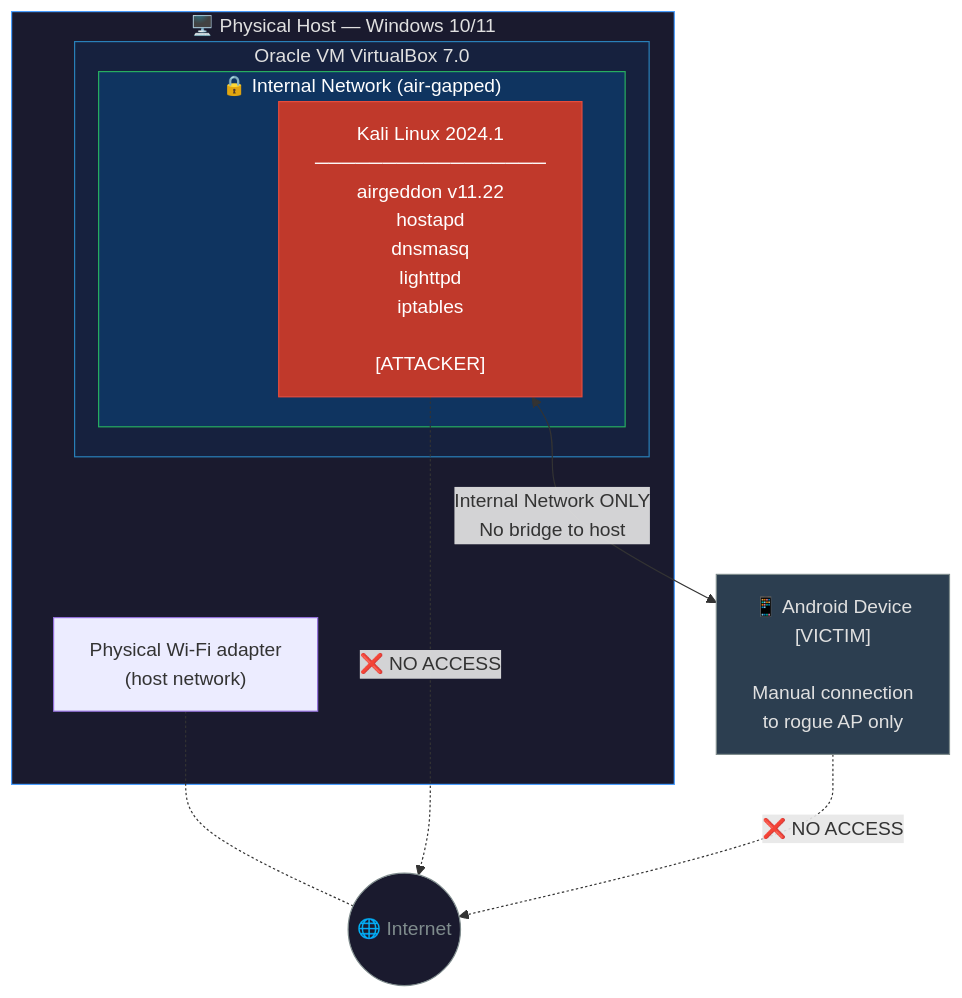
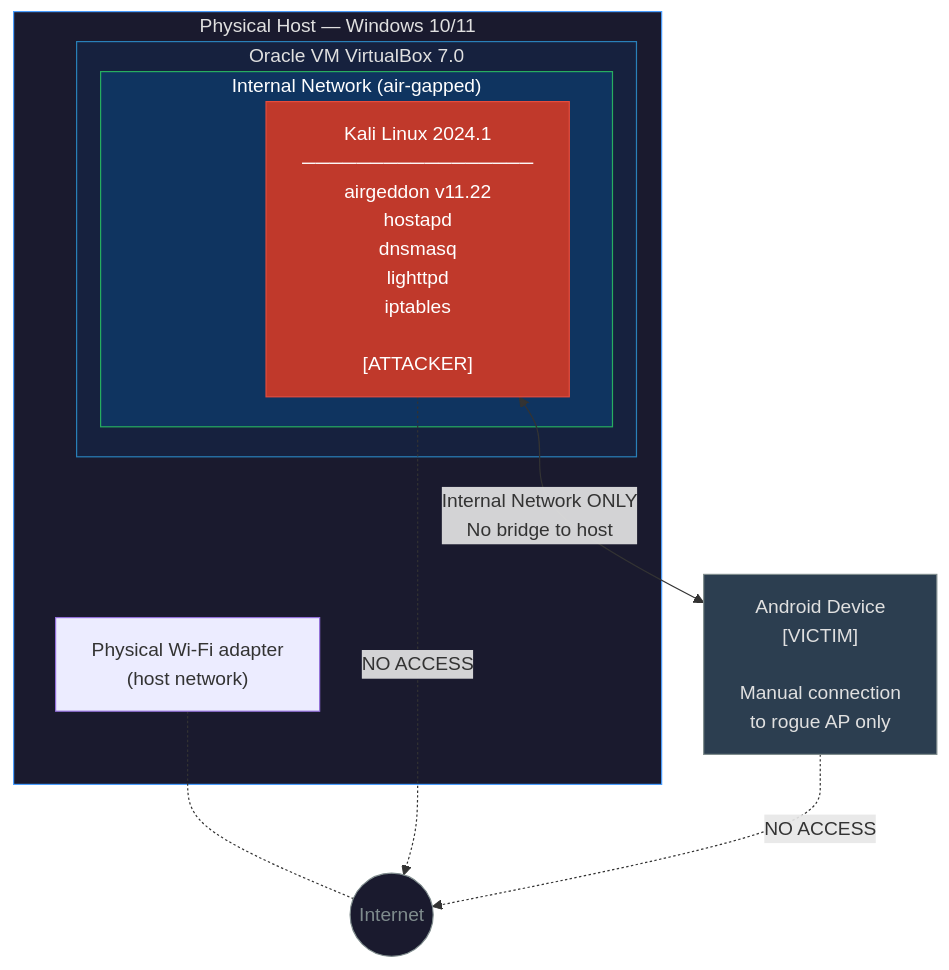
Before and after one commit to NovaCode37/eviltwin: the diagram in diagrams/lab-architecture.md, drawn with Mermaid.

Commit message:
Fix formatting in lab architecture diagram

````diff
--- a/diagrams/lab-architecture.md
+++ b/diagrams/lab-architecture.md
@@ -3,29 +3,29 @@
 ```mermaid
 flowchart TD
-    subgraph HOST["🖥️ Physical Host — Windows 10/11"]
+    subgraph HOST["Physical Host — Windows 10/11"]
         subgraph VBOX["Oracle VM VirtualBox 7.0"]
-            subgraph INTERNAL["🔒 Internal Network (air-gapped)"]
+            subgraph INTERNAL["Internal Network (air-gapped)"]
                 KALI["Kali Linux 2024.1\n─────────────────\nairgeddon v11.22\nhostapd\ndnsmasq\nlighttpd\niptables\n\n[ATTACKER]"]
             end
         end
         WIFI["Physical Wi-Fi adapter\n(host network)"]
     end
 
-    ANDROID["📱 Android Device\n[VICTIM]\n\nManual connection\nto rogue AP only"]
+    ANDROID["Android Device\n[VICTIM]\n\nManual connection\nto rogue AP only"]
 
-    INTERNET(("🌐 Internet"))
+    INTERNET(("Internet"))
 
     KALI <-->|"Internal Network ONLY\nNo bridge to host"| ANDROID
     HOST -.- WIFI
     WIFI -.- INTERNET
 
-    KALI -.->|"❌ NO ACCESS"| INTERNET
-    ANDROID -.->|"❌ NO ACCESS"| INTERNET
+    KALI -.->|"NO ACCESS"| INTERNET
+    ANDROID -.->|"NO ACCESS"| INTERNET
 
     style HOST fill:#1a1a2e,color:#e0e0e0,stroke:#4a9eff
     style VBOX fill:#16213e,color:#e0e0e0,stroke:#2980b9
     style INTERNAL fill:#0f3460,color:#ffffff,stroke:#27ae60
     style KALI fill:#c0392b,color:#ffffff,stroke:#e74c3c
     style ANDROID fill:#2c3e50,color:#e0e0e0,stroke:#7f8c8d
     style INTERNET fill:#1a1a2e,color:#7f8c8d,stroke:#7f8c8d
 ```
````
